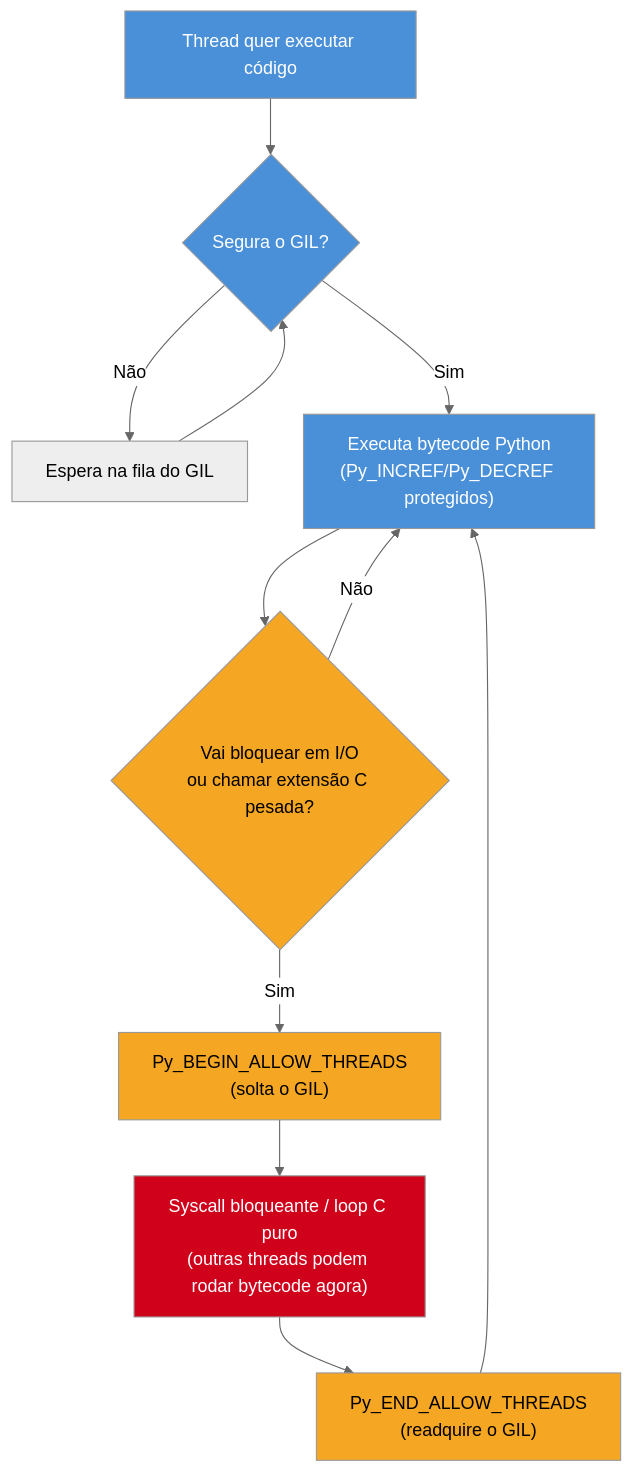
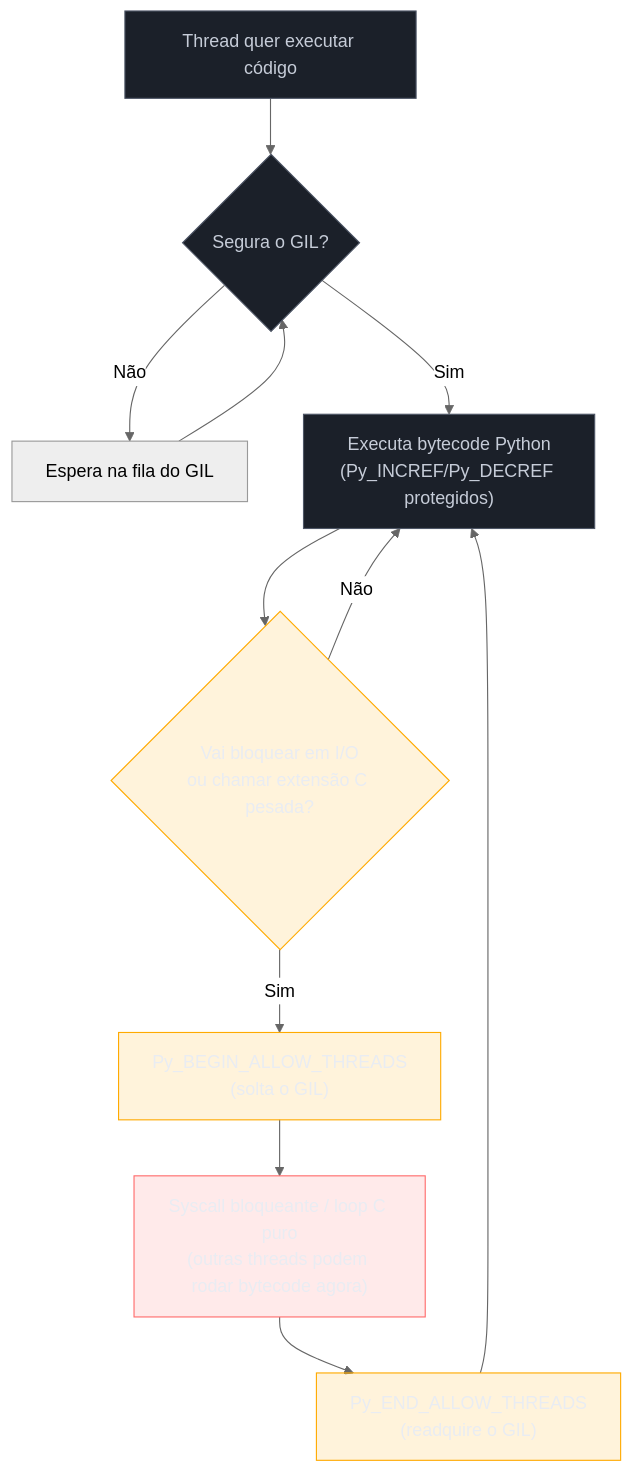
One commit to josenaldo/codex-technomanticus changed the second of 2 diagrams in 03-Dominios/Tecnologia/Python/CPython internals/04 - O GIL — o que é de verdade e por que existe.md. Above: the diagram before and after it, drawn with Mermaid (neutral theme). The commit also changed 1181 other files, not shown here.

First line of the commit message:
fix(diagramas): paleta do sistema no lugar de cor cravada no markdown

````diff
--- a/03-Dominios/Tecnologia/Python/CPython internals/04 - O GIL — o que é de verdade e por que existe.md
+++ b/03-Dominios/Tecnologia/Python/CPython internals/04 - O GIL — o que é de verdade e por que existe.md
@@ -160,21 +160,24 @@
 ```mermaid
 flowchart TB
+    classDef neutro fill:#1B2029,stroke:#4E5666,color:#C6CCD8
+    classDef destaque fill:#FFAA0024,stroke:#FFAA00,color:#E9ECF2
+    classDef falha fill:#FF6B6B24,stroke:#FF6B6B,color:#E9ECF2
     Start["Thread quer executar código"] --> HasGIL{"Segura o GIL?"}
     HasGIL -- Não --> Wait["Espera na fila do GIL"]
     Wait --> HasGIL
     HasGIL -- Sim --> Bytecode["Executa bytecode Python\n(Py_INCREF/Py_DECREF protegidos)"]
     Bytecode --> Blocking{"Vai bloquear em I/O\nou chamar extensão C pesada?"}
     Blocking -- Não --> Bytecode
     Blocking -- Sim --> Release["Py_BEGIN_ALLOW_THREADS\n(solta o GIL)"]
     Release --> External["Syscall bloqueante / loop C puro\n(outras threads podem rodar bytecode agora)"]
     External --> Reacquire["Py_END_ALLOW_THREADS\n(readquire o GIL)"]
     Reacquire --> Bytecode
 
-    style Start fill:#4A90D9,color:#fff
-    style HasGIL fill:#4A90D9,color:#fff
-    style Bytecode fill:#4A90D9,color:#fff
-    style Blocking fill:#F5A623,color:#000
-    style Release fill:#F5A623,color:#000
-    style External fill:#D0021B,color:#fff
-    style Reacquire fill:#F5A623,color:#000
+    class Start neutro
+    class HasGIL neutro
+    class Bytecode neutro
+    class Blocking destaque
+    class Release destaque
+    class External falha
+    class Reacquire destaque
 ```
````
